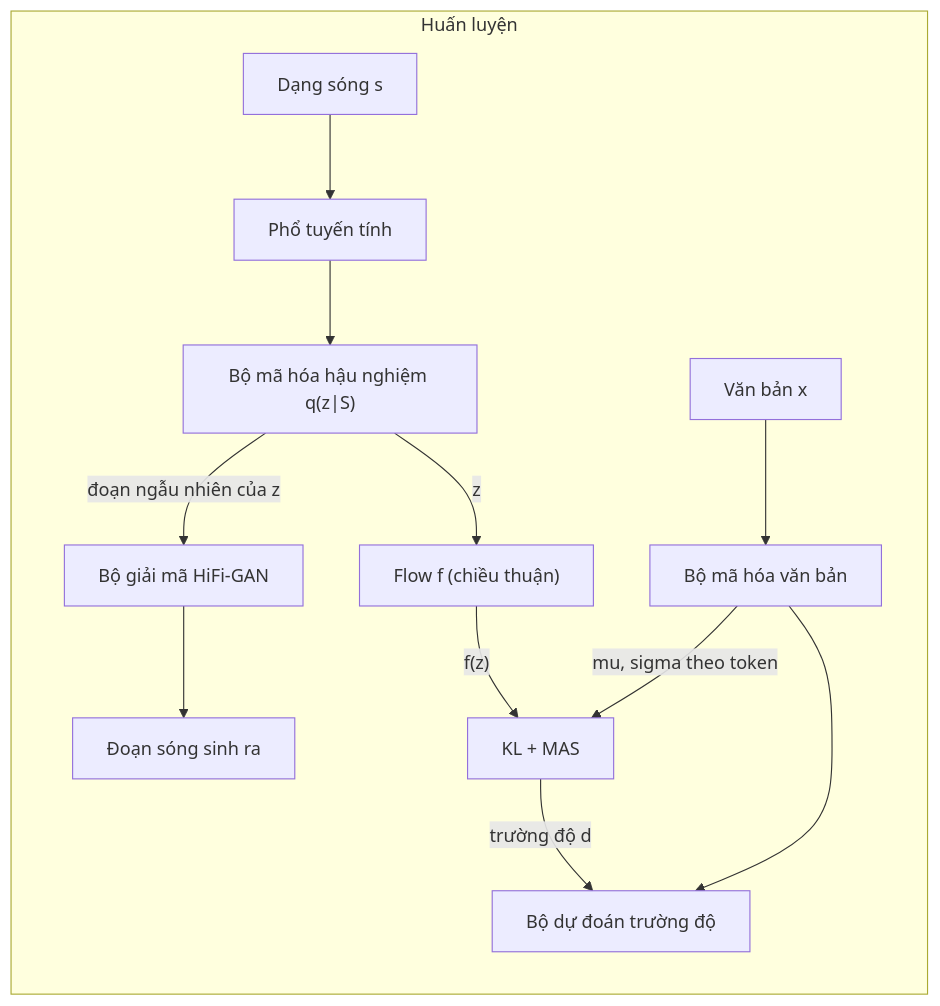
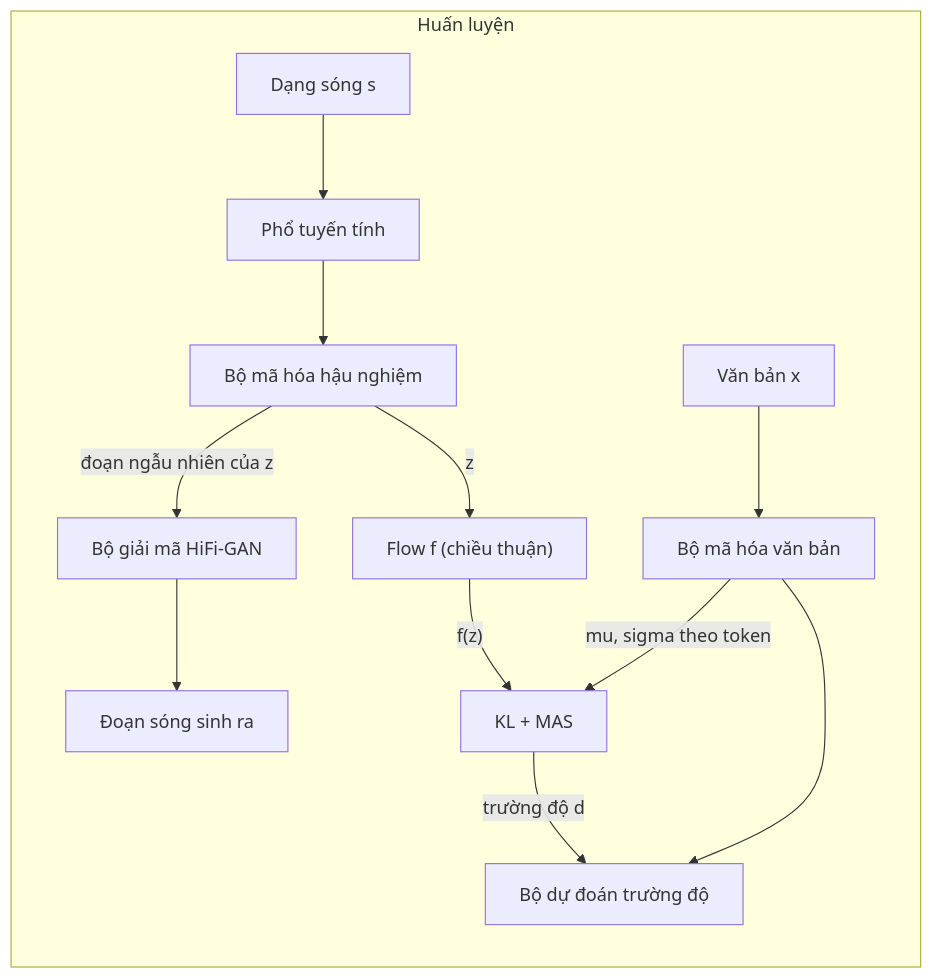
The first of 2 diagrams in docs/phan-7-e2e-bieu-cam/ch27-vits.md (tuandung222/tts-books-2026), drawn with Mermaid before and after one commit. The commit also changed 1 other file, not shown here.

Commit message:
WIP: bản thảo các chương đang biên soạn
Claude-Session: https://claude.ai/code/session_01PnSv8GMC4q142v8Kx1mQHm

````diff
--- a/docs/phan-7-e2e-bieu-cam/ch27-vits.md
+++ b/docs/phan-7-e2e-bieu-cam/ch27-vits.md
@@ -44,15 +44,15 @@
 ```mermaid
 flowchart LR
     subgraph TRAIN["Huấn luyện"]
         S["Dạng sóng s"] --> SPEC["Phổ tuyến tính"]
-        SPEC --> PE["Bộ mã hóa hậu nghiệm q(z|S)"]
+        SPEC --> PE["Bộ mã hóa hậu nghiệm"]
         PE -->|"z"| FLOW["Flow f (chiều thuận)"]
         PE -->|"đoạn ngẫu nhiên của z"| DEC["Bộ giải mã HiFi-GAN"]
         DEC --> SHAT["Đoạn sóng sinh ra"]
         X["Văn bản x"] --> TE["Bộ mã hóa văn bản"]
         TE -->|"mu, sigma theo token"| KL["KL + MAS"]
         FLOW -->|"f(z)"| KL
         TE --> SDP["Bộ dự đoán trường độ"]
         KL -->|"trường độ d"| SDP
     end
 ```
````
